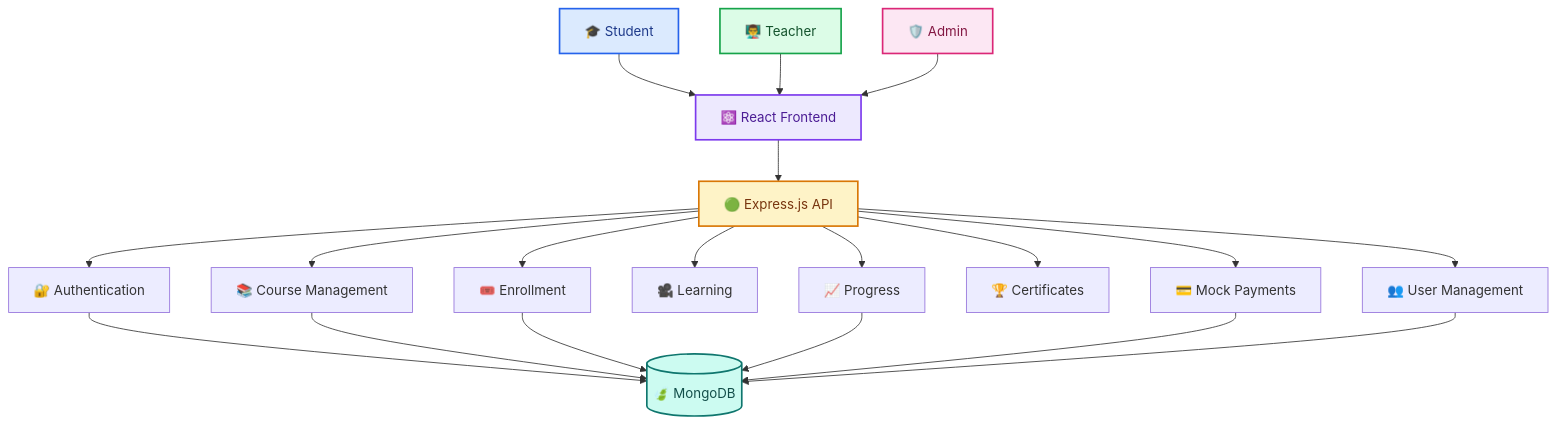
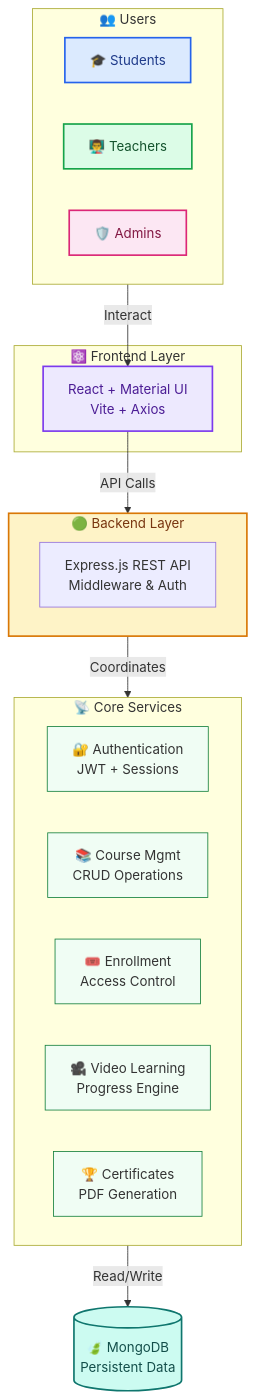
The third of 10 diagrams in README.md (MOHITKOURAV01/learnhub), drawn with Mermaid before and after one commit. The commit also changed other lines of this file, not shown here.

````diff
--- a/README.md
+++ b/README.md
@@ -128,50 +110,43 @@
 ```mermaid
 flowchart TB
-
-    Student["🎓 Student"]
-    Teacher["👨‍🏫 Teacher"]
-    Admin["🛡️ Admin"]
-
-    Frontend["⚛️ React Frontend"]
-    API["🟢 Express.js API"]
-
-    Auth["🔐 Authentication"]
-    Courses["📚 Course Management"]
-    Enrollment["🎟️ Enrollment"]
-    Learning["🎥 Learning"]
-    Progress["📈 Progress"]
-    Certificates["🏆 Certificates"]
-    Payments["💳 Mock Payments"]
-    Users["👥 User Management"]
-
-    Database[("🍃 MongoDB")]
-
-    Student --> Frontend
-    Teacher --> Frontend
-    Admin --> Frontend
-
-    Frontend --> API
-
-    API --> Auth
-    API --> Courses
-    API --> Enrollment
-    API --> Learning
-    API --> Progress
-    API --> Certificates
-    API --> Payments
-    API --> Users
-
-    Auth --> Database
-    Courses --> Database
-    Enrollment --> Database
-    Progress --> Database
-    Payments --> Database
-    Users --> Database
-
-    style Student fill:#DBEAFE,stroke:#2563EB,stroke-width:2px,color:#1E3A8A
-    style Teacher fill:#DCFCE7,stroke:#16A34A,stroke-width:2px,color:#14532D
-    style Admin fill:#FCE7F3,stroke:#DB2777,stroke-width:2px,color:#831843
-    style Frontend fill:#EDE9FE,stroke:#7C3AED,stroke-width:2px,color:#4C1D95
-    style API fill:#FEF3C7,stroke:#D97706,stroke-width:2px,color:#78350F
+    subgraph Users["👥 Users"]
+        S["🎓 Students"]
+        T["👨‍🏫 Teachers"]
+        A["🛡️ Admins"]
+    end
+    
+    subgraph Frontend["⚛️ Frontend Layer"]
+        UI["React + Material UI<br/>Vite + Axios"]
+    end
+    
+    subgraph Backend["🟢 Backend Layer"]
+        API["Express.js REST API<br/>Middleware & Auth"]
+    end
+    
+    subgraph Services["📡 Core Services"]
+        Auth["🔐 Authentication<br/>JWT + Sessions"]
+        Courses["📚 Course Mgmt<br/>CRUD Operations"]
+        Enrollment["🎟️ Enrollment<br/>Access Control"]
+        Learning["🎥 Video Learning<br/>Progress Engine"]
+        Certs["🏆 Certificates<br/>PDF Generation"]
+    end
+    
+    Database[("🍃 MongoDB<br/>Persistent Data")]
+    
+    Users -->|Interact| UI
+    UI -->|API Calls| Backend
+    Backend -->|Coordinates| Services
+    Services -->|Read/Write| Database
+    
+    style S fill:#DBEAFE,stroke:#2563EB,stroke-width:2px,color:#1E3A8A
+    style T fill:#DCFCE7,stroke:#16A34A,stroke-width:2px,color:#14532D
+    style A fill:#FCE7F3,stroke:#DB2777,stroke-width:2px,color:#831843
+    style UI fill:#EDE9FE,stroke:#7C3AED,stroke-width:2px,color:#4C1D95
+    style Backend fill:#FEF3C7,stroke:#D97706,stroke-width:2px,color:#78350F
     style Database fill:#CCFBF1,stroke:#0F766E,stroke-width:2px,color:#134E4A
+    style Auth fill:#F0FDF4,stroke:#15803D,stroke-width:1px
+    style Courses fill:#F0FDF4,stroke:#15803D,stroke-width:1px
+    style Enrollment fill:#F0FDF4,stroke:#15803D,stroke-width:1px
+    style Learning fill:#F0FDF4,stroke:#15803D,stroke-width:1px
+    style Certs fill:#F0FDF4,stroke:#15803D,stroke-width:1px
 ```
````
